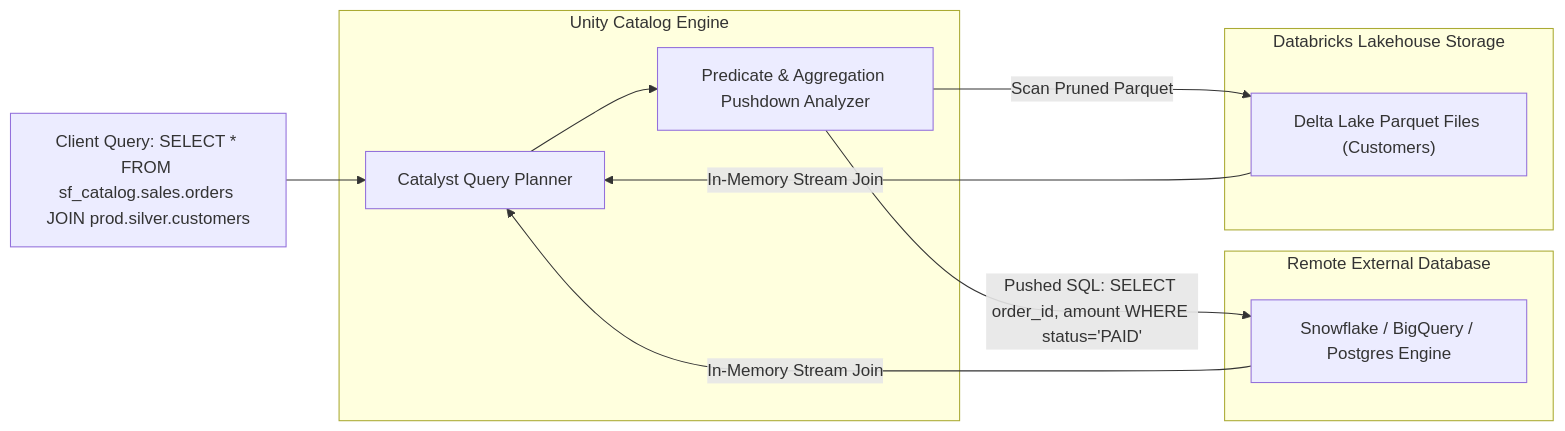
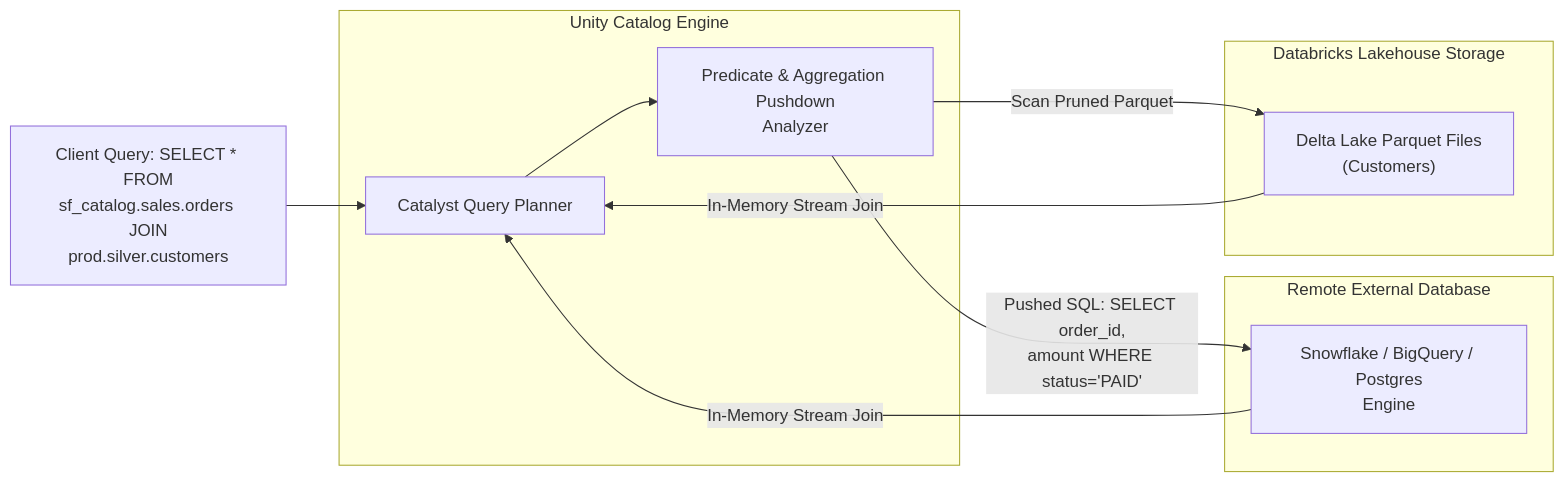
Before and after one commit to santoshjammi29/databricks-handbook: the second of 3 diagrams in architectures/02_unity_catalog_governance_and_lakehouse_federation.md, drawn with Mermaid. The commit also changed other lines of this file and 8 other files, not shown here.

Commit message:
fix(diagrams): word-wrap labels and escape comparison operators across all diagrams

````diff
--- a/architectures/02_unity_catalog_governance_and_lakehouse_federation.md
+++ b/architectures/02_unity_catalog_governance_and_lakehouse_federation.md
@@ -84,22 +84,22 @@
 ```mermaid
 flowchart LR
-    Client["Client Query: SELECT * FROM sf_catalog.sales.orders JOIN prod.silver.customers"]
+    Client["Client Query: SELECT * FROM<br/>sf_catalog.sales.orders JOIN<br/>prod.silver.customers"]
 
     subgraph UC["Unity Catalog Engine"]
         Planner["Catalyst Query Planner"]
-        Pushdown["Predicate & Aggregation Pushdown Analyzer"]
+        Pushdown["Predicate & Aggregation Pushdown<br/>Analyzer"]
     end
 
     subgraph Remote["Remote External Database"]
-        Snowflake["Snowflake / BigQuery / Postgres Engine"]
+        Snowflake["Snowflake / BigQuery / Postgres<br/>Engine"]
     end
 
     subgraph Lake["Databricks Lakehouse Storage"]
-        Delta["Delta Lake Parquet Files (Customers)"]
+        Delta["Delta Lake Parquet Files<br/>(Customers)"]
     end
 
     Client --> Planner --> Pushdown
-    Pushdown -->|"Pushed SQL: SELECT order_id, amount WHERE status='PAID'"| Snowflake
+    Pushdown -->|"Pushed SQL: SELECT order_id,<br/>amount WHERE status='PAID'"| Snowflake
     Pushdown -->|"Scan Pruned Parquet"| Delta
     Snowflake & Delta -->|"In-Memory Stream Join"| Planner
 ```
````
